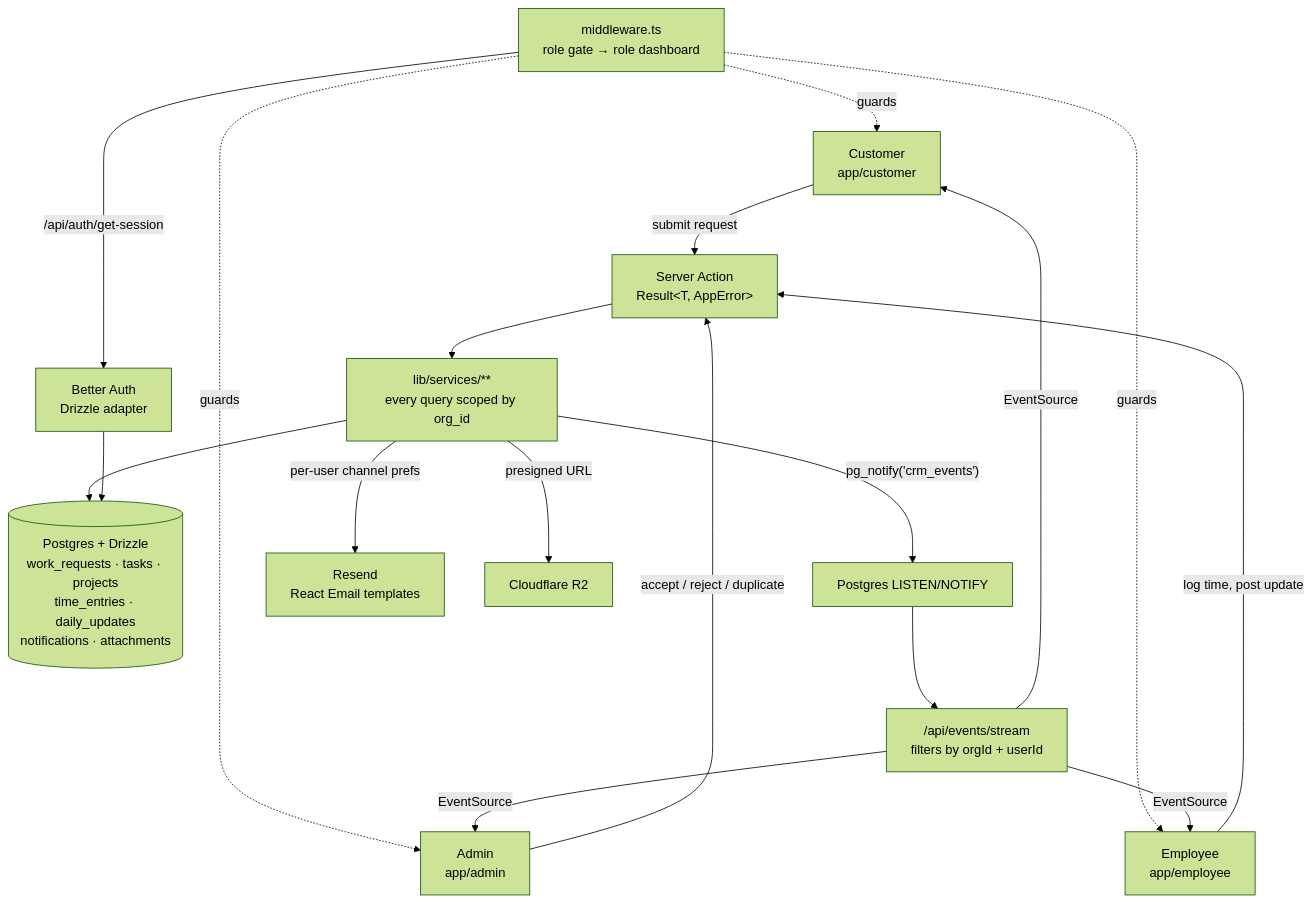
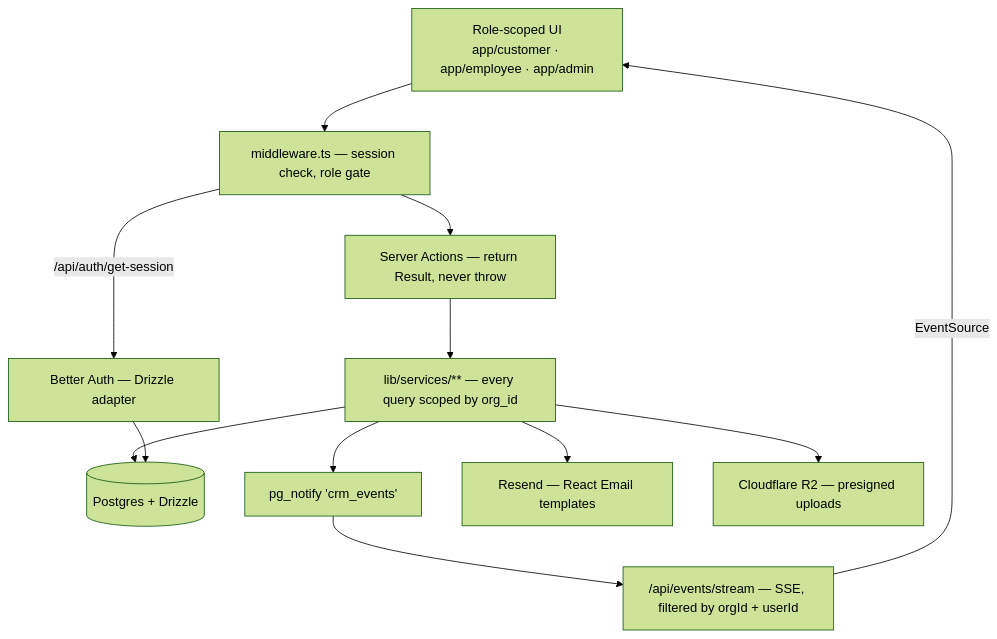
One commit to fasisandhu/flowleadz changed the diagram in README.md. Above: the diagram before and after it, drawn with Mermaid (forest theme).

Commit message:
docs: simplify architecture diagram, add schema highlights
The previous flowchart fanned three role nodes into separate guard and
EventSource edges, which GitHub's mermaid renderer laid out as crossing
spaghetti, and the multi-line cylinder node clipped its own text.
Collapses the roles into one UI node and moves the table list into prose.

````diff
--- a/README.md
+++ b/README.md
@@ -54,25 +54,22 @@
 ```mermaid
 flowchart TD
-    C["Customer<br/>app/customer"] -->|"submit request"| SA["Server Action<br/>Result&lt;T, AppError&gt;"]
-    A["Admin<br/>app/admin"] -->|"accept / reject / duplicate"| SA
-    E["Employee<br/>app/employee"] -->|"log time, post update"| SA
+    UI["Role-scoped UI<br/>app/customer · app/employee · app/admin"]
+    MW["middleware.ts — session check, role gate"]
+    SA["Server Actions — return Result, never throw"]
+    SVC["lib/services/** — every query scoped by org_id"]
+    DB[("Postgres + Drizzle")]
+    NOTIFY["pg_notify 'crm_events'"]
+    SSE["/api/events/stream — SSE, filtered by orgId + userId"]
+    AUTH["Better Auth — Drizzle adapter"]
+    MAIL["Resend — React Email templates"]
+    R2["Cloudflare R2 — presigned uploads"]
 
-    MW["middleware.ts<br/>role gate → role dashboard"] -.->|guards| C
-    MW -.->|guards| A
-    MW -.->|guards| E
-
-    SA --> SVC["lib/services/**<br/>every query scoped by org_id"]
-    SVC --> DB[("Postgres + Drizzle<br/>work_requests · tasks · projects<br/>time_entries · daily_updates<br/>notifications · attachments")]
-
-    SVC -->|"pg_notify('crm_events')"| PG["Postgres LISTEN/NOTIFY"]
-    PG --> SSE["/api/events/stream<br/>filters by orgId + userId"]
-    SSE -->|"EventSource"| C
-    SSE -->|"EventSource"| A
-    SSE -->|"EventSource"| E
-
-    SVC -->|"per-user channel prefs"| MAIL["Resend<br/>React Email templates"]
-    SVC -->|"presigned URL"| R2["Cloudflare R2"]
-
-    AUTH["Better Auth<br/>Drizzle adapter"] --> DB
+    UI --> MW --> SA --> SVC
+    SVC --> DB
+    SVC --> NOTIFY --> SSE
+    SSE -->|EventSource| UI
+    SVC --> MAIL
+    SVC --> R2
     MW -->|"/api/auth/get-session"| AUTH
+    AUTH --> DB
 ```
````
